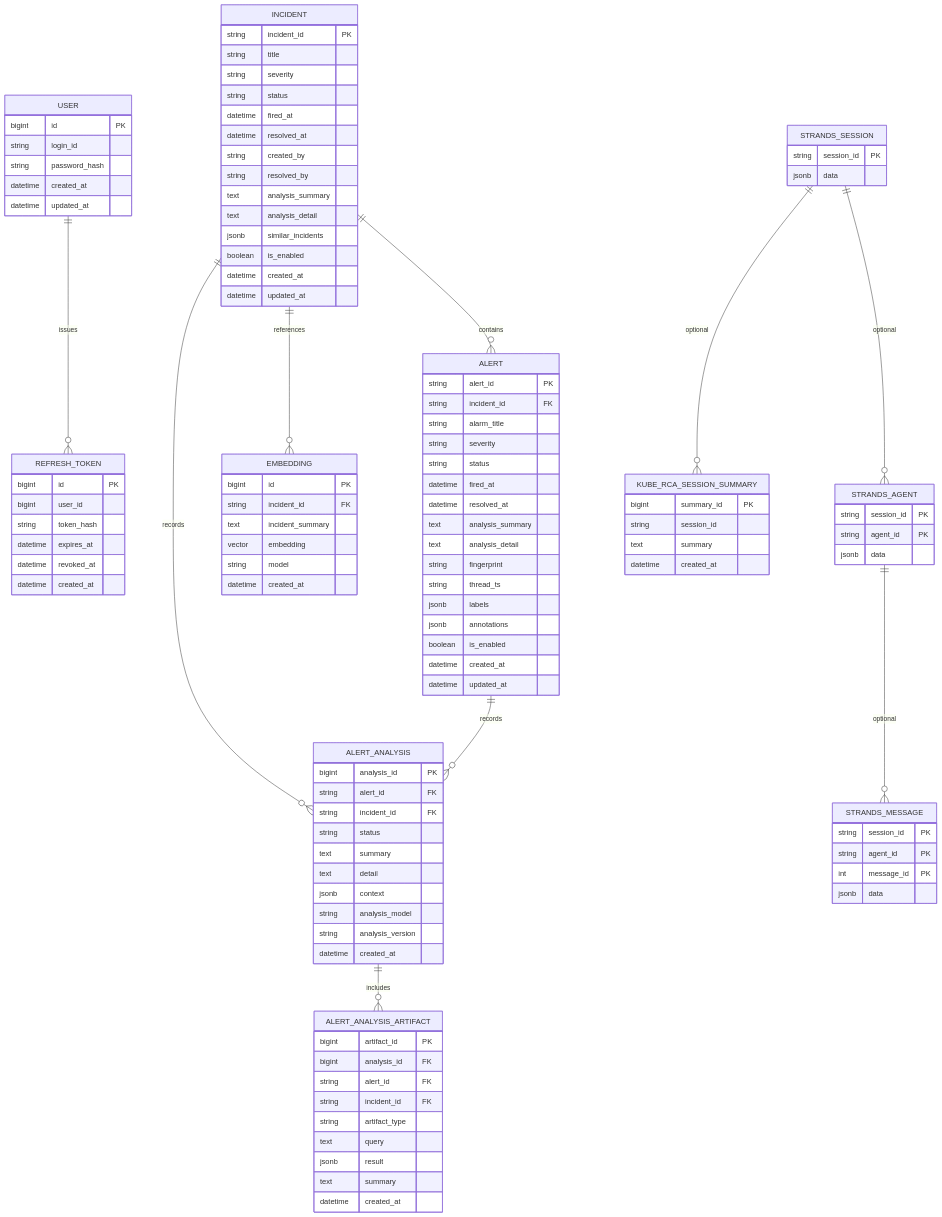
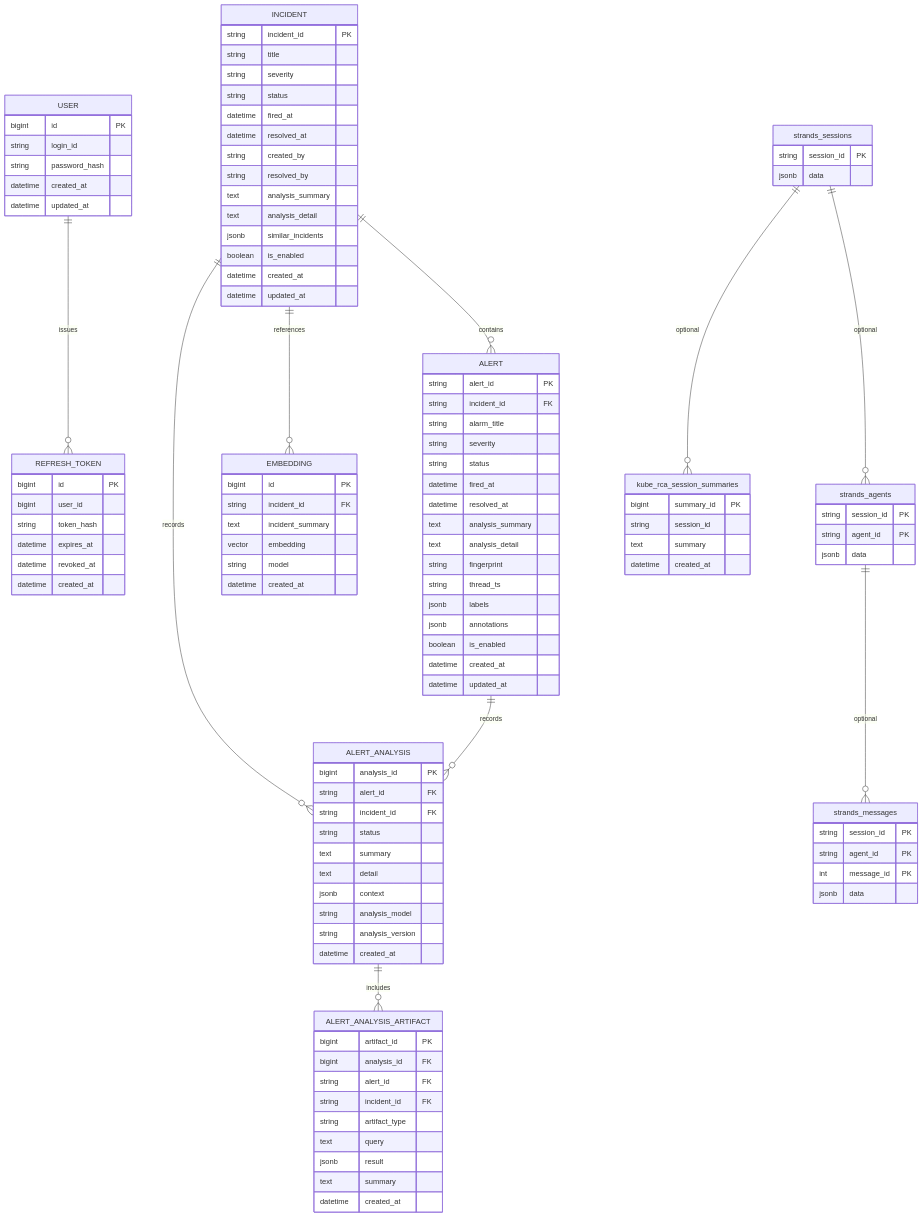
Before and after one commit to kube-rca/kuberca: the diagram in docs/diagrams/entity_relationship_diagram.md, drawn with Mermaid. The commit also changed 3 other files, not shown here.

Commit message:
docs: sync diagrams and project doc with current flow

````diff
--- a/docs/diagrams/entity_relationship_diagram.md
+++ b/docs/diagrams/entity_relationship_diagram.md
@@ -1,15 +1,15 @@
 ```mermaid
 erDiagram
-  %% STRANDS_* and KUBE_RCA_SESSION_SUMMARY are used when session DB is enabled.
+  %% strands_* and kube_rca_session_summaries are used when session DB is enabled.
   USER ||--o{ REFRESH_TOKEN : issues
   INCIDENT ||--o{ ALERT : contains
   INCIDENT ||--o{ EMBEDDING : references
   INCIDENT ||--o{ ALERT_ANALYSIS : records
   ALERT ||--o{ ALERT_ANALYSIS : records
   ALERT_ANALYSIS ||--o{ ALERT_ANALYSIS_ARTIFACT : includes
-  STRANDS_SESSION ||--o{ STRANDS_AGENT : optional
-  STRANDS_AGENT ||--o{ STRANDS_MESSAGE : optional
-  STRANDS_SESSION ||--o{ KUBE_RCA_SESSION_SUMMARY : optional
+  strands_sessions ||--o{ strands_agents : optional
+  strands_agents ||--o{ strands_messages : optional
+  strands_sessions ||--o{ kube_rca_session_summaries : optional
 
   USER {
     bigint id PK
@@ -98,25 +98,25 @@
     datetime created_at
   }
 
-  STRANDS_SESSION {
+  strands_sessions {
     string session_id PK
     jsonb data
   }
 
-  STRANDS_AGENT {
+  strands_agents {
     string session_id PK
     string agent_id PK
     jsonb data
   }
 
-  STRANDS_MESSAGE {
+  strands_messages {
     string session_id PK
     string agent_id PK
     int message_id PK
     jsonb data
   }
 
-  KUBE_RCA_SESSION_SUMMARY {
+  kube_rca_session_summaries {
     bigint summary_id PK
     string session_id
     text summary
````
